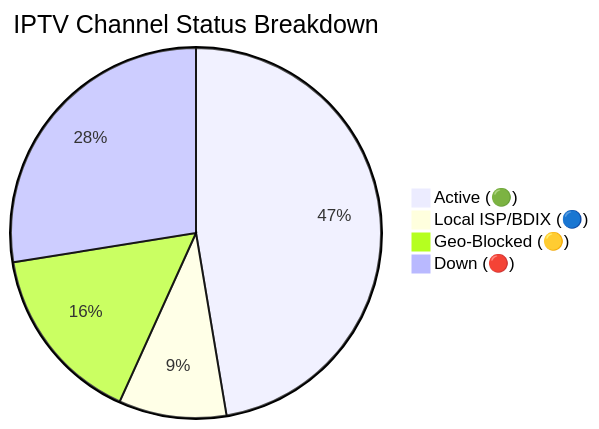
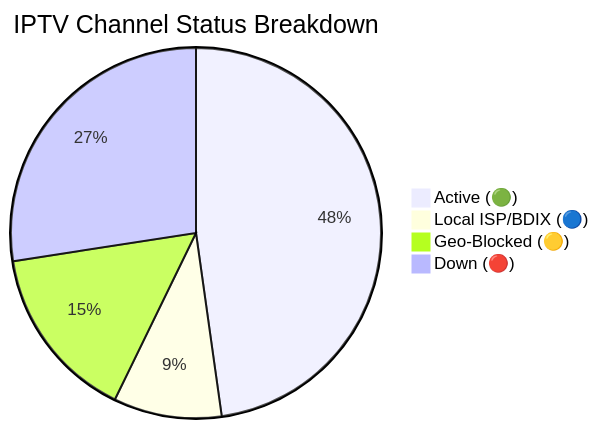
Before and after one commit to f6388600-ai/Web: the diagram in README.md, drawn with Mermaid. The commit also changed other lines of this file and 6 other files, not shown here.

````diff
--- a/README.md
+++ b/README.md
@@ -149,7 +149,7 @@
 ```mermaid
 pie title IPTV Channel Status Breakdown
-    "Active (🟢)" : 8095
-    "Local ISP/BDIX (🔵)" : 1608
-    "Geo-Blocked (🟡)" : 2685
-    "Down (🔴)" : 4705
+    "Active (🟢)" : 8161
+    "Local ISP/BDIX (🔵)" : 1612
+    "Geo-Blocked (🟡)" : 2621
+    "Down (🔴)" : 4687
 ```
````
